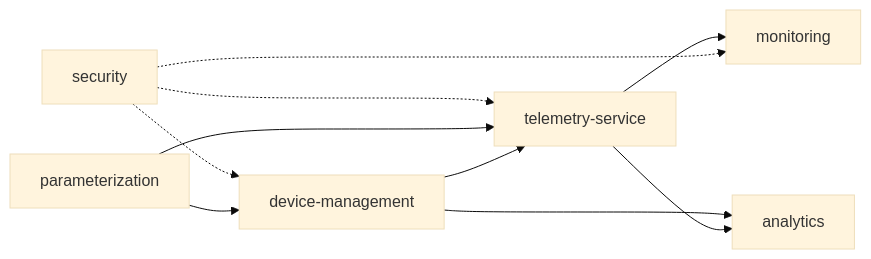
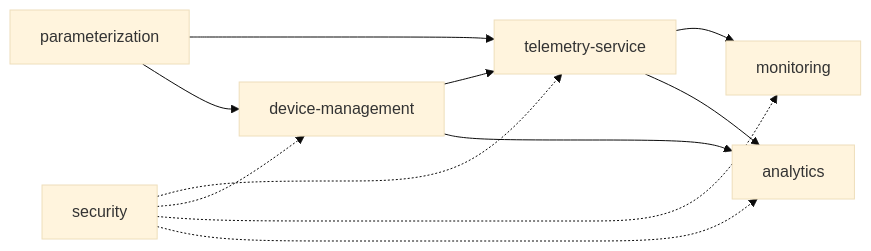
The diagram in docs/02-domain/domain-map.md (SomnGuard/somnguard-docs), drawn with Mermaid (base theme) before and after one commit. The commit also changed other lines of this file and 46 other files, not shown here.

````diff
--- a/docs/02-domain/domain-map.md
+++ b/docs/02-domain/domain-map.md
@@ -35,13 +35,14 @@
 ```mermaid
 flowchart LR
     DEV[device-management] --> TEL[telemetry-service]
     PAR[parameterization] --> TEL
     PAR --> DEV
     SEC[security] -.-> TEL
     SEC -.-> DEV
     SEC -.-> MON[monitoring]
+    SEC -.-> ANL[analytics]
     TEL --> MON
     TEL --> ANL[analytics]
     DEV --> ANL
     
 ```
````
